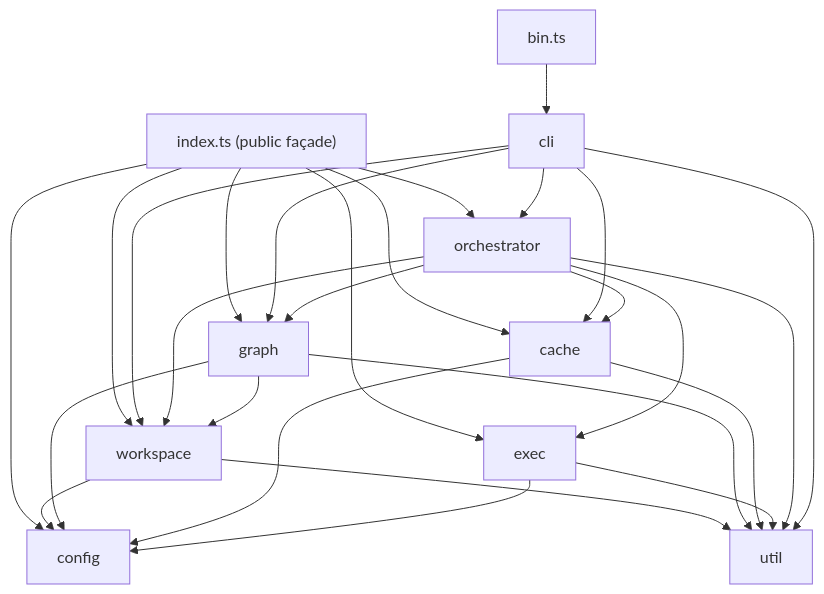
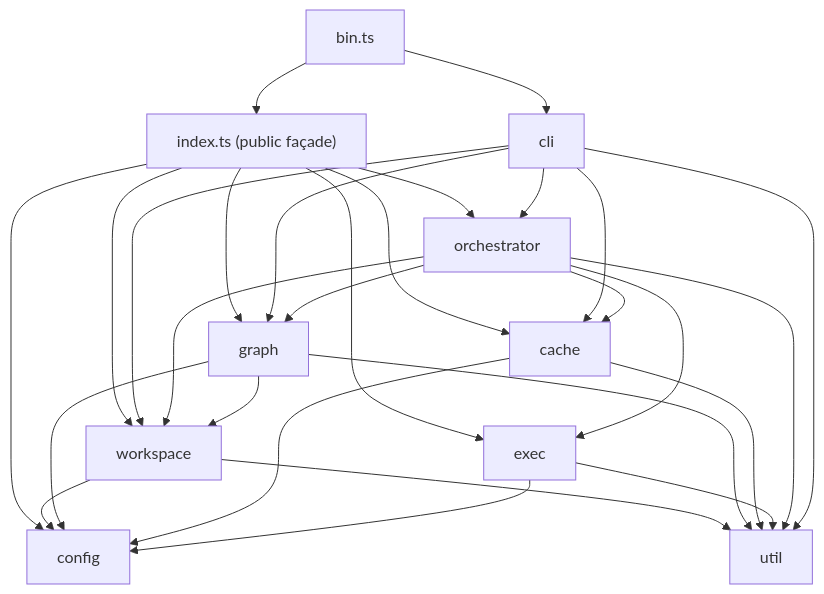
The diagram in packages/vx/docs/architecture.md (vznjs/vx), drawn with Mermaid before and after one commit. The commit also changed other lines of this file and 2 other files, not shown here.

First line of the commit message:
docs(architecture): fix twelve claims the source contradicts (J-23)

````diff
--- a/packages/vx/docs/architecture.md
+++ b/packages/vx/docs/architecture.md
@@ -74,29 +74,30 @@
 ```mermaid
 graph TD
   bin["bin.ts"] --> cli
+  bin --> index
   index["index.ts (public façade)"] --> orchestrator
   index --> graphmod["graph"]
   index --> cache
   index --> workspace
   index --> exec
   index --> config
   cli --> orchestrator
   cli --> workspace
   cli --> cache
   cli --> graphmod
   orchestrator --> workspace
   orchestrator --> graphmod
   orchestrator --> cache
   orchestrator --> exec
   graphmod --> workspace
   workspace --> config
   graphmod --> config
   cache --> config
   exec --> config
   workspace --> util
   graphmod --> util
   cache --> util
   exec --> util
   orchestrator --> util
   cli --> util
 ```
````
